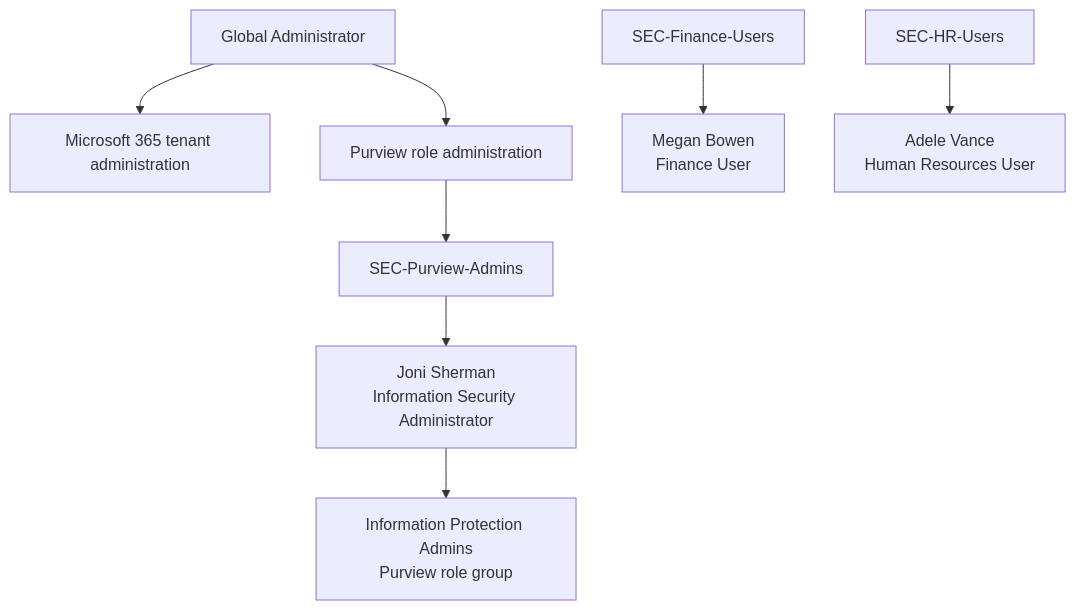
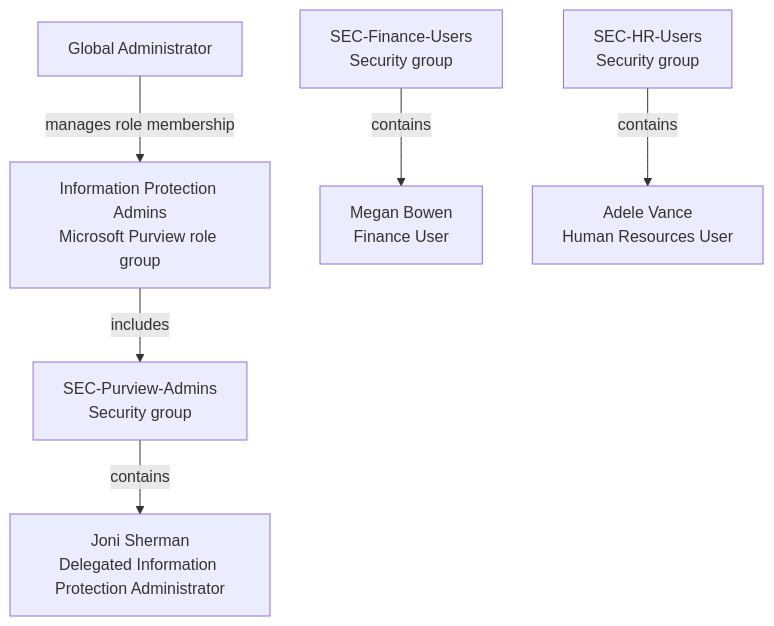
One commit to Dqb88/Enterprise-Security-Lab changed the diagram in documentation/identity-and-access-management/README.md. Above: the diagram before and after it, drawn with Mermaid.

Commit message:
Update README.md
Correct Purview RBAC role hierarchy

````diff
--- a/documentation/identity-and-access-management/README.md
+++ b/documentation/identity-and-access-management/README.md
@@ -53,15 +53,12 @@
 ```mermaid
 flowchart TB
     GA["Global Administrator"]
 
-    GA --> TA["Microsoft 365 tenant administration"]
-    GA --> RA["Purview role administration"]
+    GA -->|manages role membership| IP["Information Protection Admins<br/>Microsoft Purview role group"]
 
-    RA --> PA["SEC-Purview-Admins"]
-    PA --> JS["Joni Sherman<br/>Information Security Administrator"]
+    IP -->|includes| PA["SEC-Purview-Admins<br/>Security group"]
+    PA -->|contains| JS["Joni Sherman<br/>Delegated Information Protection Administrator"]
 
-    FG["SEC-Finance-Users"] --> MB["Megan Bowen<br/>Finance User"]
-    HG["SEC-HR-Users"] --> AV["Adele Vance<br/>Human Resources User"]
-
-    JS --> IP["Information Protection Admins<br/>Purview role group"]
+    FG["SEC-Finance-Users<br/>Security group"] -->|contains| MB["Megan Bowen<br/>Finance User"]
+    HG["SEC-HR-Users<br/>Security group"] -->|contains| AV["Adele Vance<br/>Human Resources User"]
 ```
````
